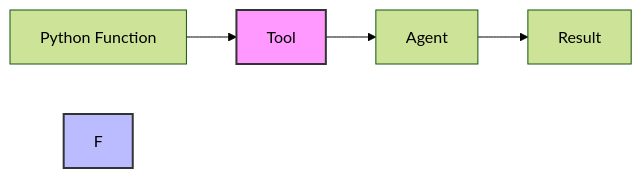
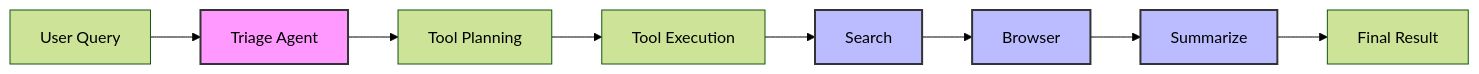
Before and after one commit to alchemiststudiosDOTai/tinyAgent: the second of 2 diagrams in README.md, drawn with Mermaid (forest theme). The commit also changed other lines of this file, not shown here.

````diff
--- a/README.md
+++ b/README.md
@@ -199,9 +187,13 @@
 ```mermaid
 flowchart LR
-    A["Python Function"] --> B["Tool"]
-    B --> C["Agent"]
-    C --> D["Result"]
+    A["User Query"] --> B["Triage Agent"]
+    B --> C["Tool Planning"]
+    C --> D["Tool Execution"]
+    D --> E["Search"] --> F["Browser"] --> G["Summarize"]
+    G --> H["Final Result"]
 
     style B fill:#f9f,stroke:#333,stroke-width:2px
+    style E fill:#bbf,stroke:#333,stroke-width:2px
     style F fill:#bbf,stroke:#333,stroke-width:2px
+    style G fill:#bbf,stroke:#333,stroke-width:2px
 ```
````
